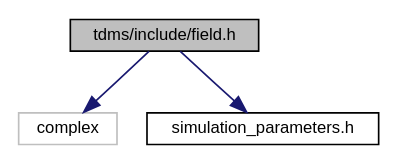
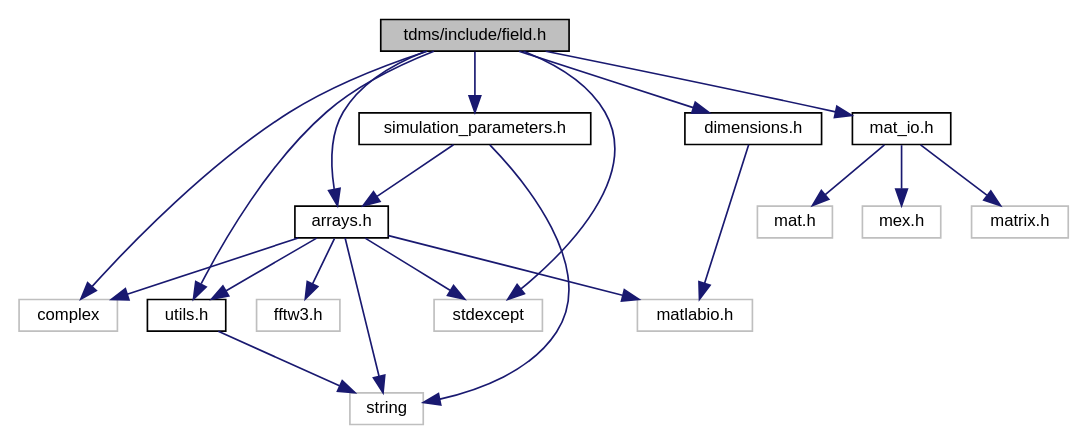
One commit to UCL/TDMS changed the diagram in field_8h__incl.dot. Above: the diagram before and after it, drawn with Graphviz. The commit also changed 386 other files, not shown here.

```diff
--- a/field_8h__incl.dot
+++ b/field_8h__incl.dot
@@ -1,11 +1,40 @@
 digraph "tdms/include/field.h"
 {
  // LATEX_PDF_SIZE
   edge [fontname="Helvetica",fontsize="10",labelfontname="Helvetica",labelfontsize="10"];
   node [fontname="Helvetica",fontsize="10",shape=record];
   Node1 [label="tdms/include/field.h",height=0.2,width=0.4,color="black", fillcolor="grey75", style="filled", fontcolor="black",tooltip="Classes for the electric and magnetic (split) fields on a grid."];
   Node1 -> Node2 [color="midnightblue",fontsize="10",style="solid",fontname="Helvetica"];
   Node2 [label="complex",height=0.2,width=0.4,color="grey75", fillcolor="white", style="filled",tooltip=" "];
   Node1 -> Node3 [color="midnightblue",fontsize="10",style="solid",fontname="Helvetica"];
-  Node3 [label="simulation_parameters.h",height=0.2,width=0.4,color="black", fillcolor="white", style="filled",URL="$simulation__parameters_8h.html",tooltip="Classes collecting parameters for the simulation."];
+  Node3 [label="stdexcept",height=0.2,width=0.4,color="grey75", fillcolor="white", style="filled",tooltip=" "];
+  Node1 -> Node4 [color="midnightblue",fontsize="10",style="solid",fontname="Helvetica"];
+  Node4 [label="arrays.h",height=0.2,width=0.4,color="black", fillcolor="white", style="filled",URL="$arrays_8h_source.html",tooltip=" "];
+  Node4 -> Node2 [color="midnightblue",fontsize="10",style="solid",fontname="Helvetica"];
+  Node4 -> Node5 [color="midnightblue",fontsize="10",style="solid",fontname="Helvetica"];
+  Node5 [label="string",height=0.2,width=0.4,color="grey75", fillcolor="white", style="filled",tooltip=" "];
+  Node4 -> Node6 [color="midnightblue",fontsize="10",style="solid",fontname="Helvetica"];
+  Node6 [label="fftw3.h",height=0.2,width=0.4,color="grey75", fillcolor="white", style="filled",tooltip=" "];
+  Node4 -> Node3 [color="midnightblue",fontsize="10",style="solid",fontname="Helvetica"];
+  Node4 -> Node7 [color="midnightblue",fontsize="10",style="solid",fontname="Helvetica"];
+  Node7 [label="matlabio.h",height=0.2,width=0.4,color="grey75", fillcolor="white", style="filled",tooltip=" "];
+  Node4 -> Node8 [color="midnightblue",fontsize="10",style="solid",fontname="Helvetica"];
+  Node8 [label="utils.h",height=0.2,width=0.4,color="black", fillcolor="white", style="filled",URL="$utils_8h.html",tooltip="Useful miscellaneous utility functions."];
+  Node8 -> Node5 [color="midnightblue",fontsize="10",style="solid",fontname="Helvetica"];
+  Node1 -> Node9 [color="midnightblue",fontsize="10",style="solid",fontname="Helvetica"];
+  Node9 [label="dimensions.h",height=0.2,width=0.4,color="black", fillcolor="white", style="filled",URL="$dimensions_8h_source.html",tooltip=" "];
+  Node9 -> Node7 [color="midnightblue",fontsize="10",style="solid",fontname="Helvetica"];
+  Node1 -> Node10 [color="midnightblue",fontsize="10",style="solid",fontname="Helvetica"];
+  Node10 [label="mat_io.h",height=0.2,width=0.4,color="black", fillcolor="white", style="filled",URL="$mat__io_8h.html",tooltip="Includes MATLAB headers for I/O."];
+  Node10 -> Node11 [color="midnightblue",fontsize="10",style="solid",fontname="Helvetica"];
+  Node11 [label="mat.h",height=0.2,width=0.4,color="grey75", fillcolor="white", style="filled",tooltip=" "];
+  Node10 -> Node12 [color="midnightblue",fontsize="10",style="solid",fontname="Helvetica"];
+  Node12 [label="mex.h",height=0.2,width=0.4,color="grey75", fillcolor="white", style="filled",tooltip=" "];
+  Node10 -> Node13 [color="midnightblue",fontsize="10",style="solid",fontname="Helvetica"];
+  Node13 [label="matrix.h",height=0.2,width=0.4,color="grey75", fillcolor="white", style="filled",tooltip=" "];
+  Node1 -> Node14 [color="midnightblue",fontsize="10",style="solid",fontname="Helvetica"];
+  Node14 [label="simulation_parameters.h",height=0.2,width=0.4,color="black", fillcolor="white", style="filled",URL="$simulation__parameters_8h.html",tooltip="Classes collecting parameters for the simulation."];
+  Node14 -> Node5 [color="midnightblue",fontsize="10",style="solid",fontname="Helvetica"];
+  Node14 -> Node4 [color="midnightblue",fontsize="10",style="solid",fontname="Helvetica"];
+  Node1 -> Node8 [color="midnightblue",fontsize="10",style="solid",fontname="Helvetica"];
 }
```
